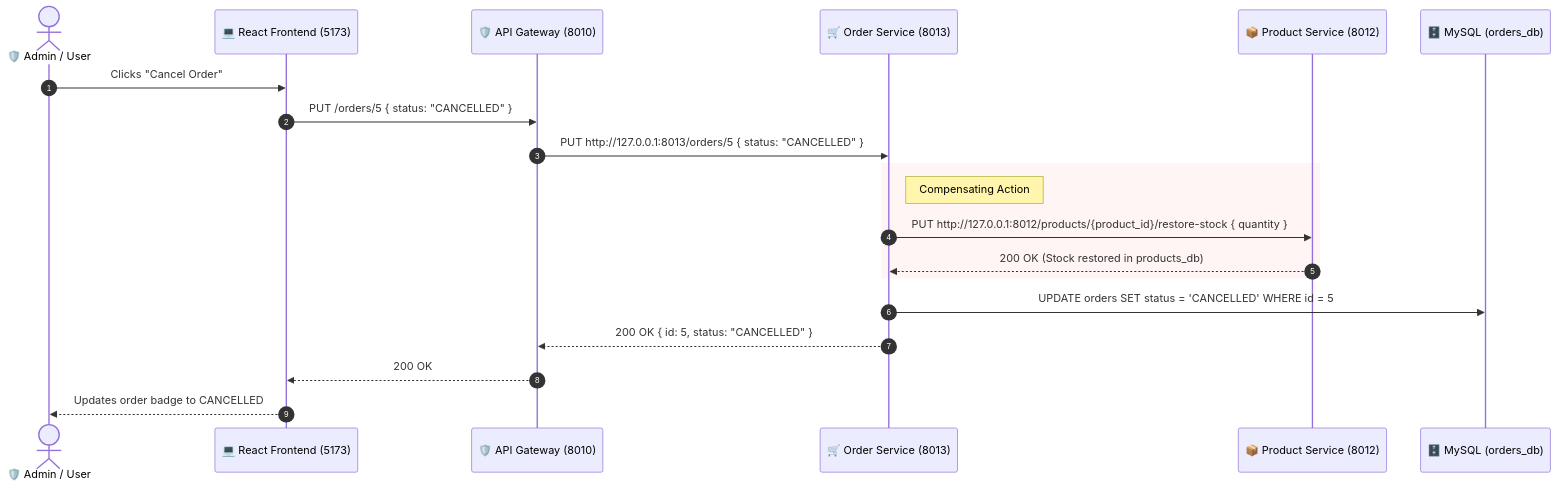
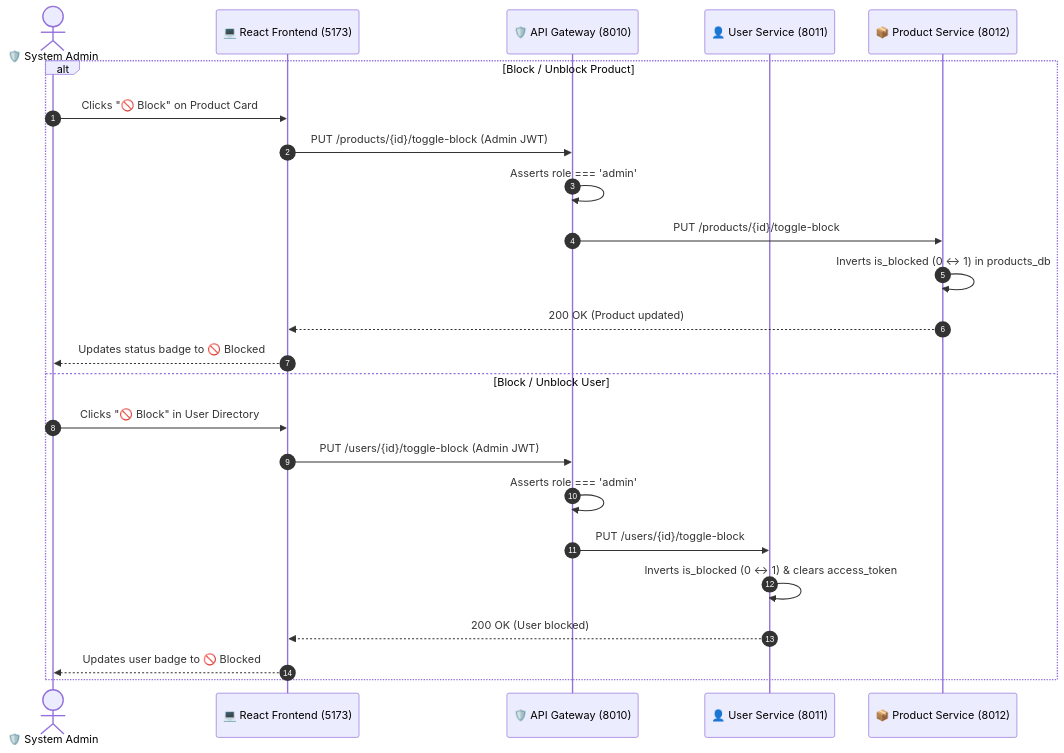
Before and after one commit to chandan-me/FastAPI-crud-project: the fourth of 4 diagrams in docs/ARCHITECTURE.md, drawn with Mermaid. The commit also changed other lines of this file and 57 other files, not shown here.

````diff
--- a/docs/ARCHITECTURE.md
+++ b/docs/ARCHITECTURE.md
@@ -199,25 +205,27 @@
 ```mermaid
 sequenceDiagram
     autonumber
-    actor Admin as 🛡️ Admin / User
+    actor Admin as 🛡️ System Admin
     participant FE as 💻 React Frontend (5173)
     participant GW as 🛡️ API Gateway (8010)
-    participant OS as 🛒 Order Service (8013)
+    participant US as 👤 User Service (8011)
     participant PS as 📦 Product Service (8012)
-    participant DB as 🗄️ MySQL (orders_db)
 
-    Admin->>FE: Clicks "Cancel Order"
-    FE->>GW: PUT /orders/5 { status: "CANCELLED" }
-    GW->>OS: PUT http://127.0.0.1:8013/orders/5 { status: "CANCELLED" }
-    
-    rect rgb(255, 245, 245)
-    note right of OS: Compensating Action
-    OS->>PS: PUT http://127.0.0.1:8012/products/{product_id}/restore-stock { quantity }
-    PS-->>OS: 200 OK (Stock restored in products_db)
+    alt Block / Unblock Product
+        Admin->>FE: Clicks "🚫 Block" on Product Card
+        FE->>GW: PUT /products/{id}/toggle-block (Admin JWT)
+        GW->>GW: Asserts role === 'admin'
+        GW->>PS: PUT /products/{id}/toggle-block
+        PS->>PS: Inverts is_blocked (0 <-> 1) in products_db
+        PS-->>FE: 200 OK (Product updated)
+        FE-->>Admin: Updates status badge to 🚫 Blocked
+    else Block / Unblock User
+        Admin->>FE: Clicks "🚫 Block" in User Directory
+        FE->>GW: PUT /users/{id}/toggle-block (Admin JWT)
+        GW->>GW: Asserts role === 'admin'
+        GW->>US: PUT /users/{id}/toggle-block
+        US->>US: Inverts is_blocked (0 <-> 1) & clears access_token
+        US-->>FE: 200 OK (User blocked)
+        FE-->>Admin: Updates user badge to 🚫 Blocked
     end
-
-    OS->>DB: UPDATE orders SET status = 'CANCELLED' WHERE id = 5
-    OS-->>GW: 200 OK { id: 5, status: "CANCELLED" }
-    GW-->>FE: 200 OK
-    FE-->>Admin: Updates order badge to CANCELLED
 ```
````
